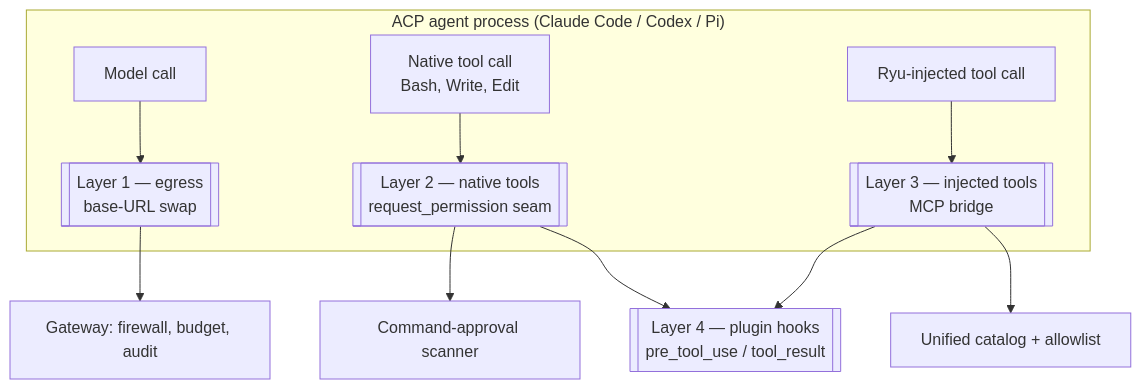
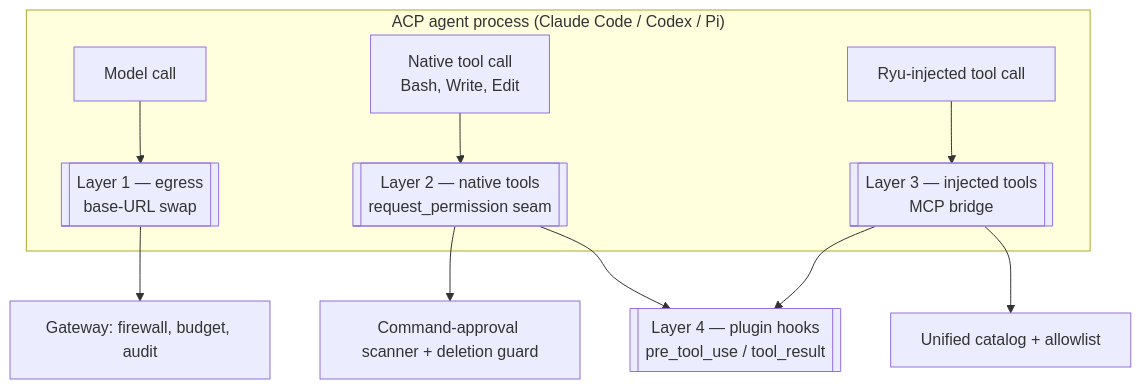
One commit to amajorai/ryu-docs changed the diagram in content/docs/gateway/acp-agent-governance.mdx. Above: the diagram before and after it, drawn with Mermaid. The commit also changed other lines of this file and 31 other files, not shown here.

````diff
--- a/content/docs/gateway/acp-agent-governance.mdx
+++ b/content/docs/gateway/acp-agent-governance.mdx
@@ -14,13 +14,13 @@
 ```mermaid
 flowchart TD
   subgraph Agent["ACP agent process (Claude Code / Codex / Pi)"]
     L[Model call] --> A1
     T[Native tool call<br/>Bash, Write, Edit] --> A2
     R[Ryu-injected tool call] --> A3
   end
   A1[["Layer 1 — egress<br/>base-URL swap"]] --> GW[Gateway: firewall, budget, audit]
-  A2[["Layer 2 — native tools<br/>request_permission seam"]] --> SC[Command-approval scanner]
+  A2[["Layer 2 — native tools<br/>request_permission seam"]] --> SC[Command-approval scanner + deletion guard]
   A3[["Layer 3 — injected tools<br/>MCP bridge"]] --> CAT[Unified catalog + allowlist]
   A2 --> HK[["Layer 4 — plugin hooks<br/>pre_tool_use / tool_result"]]
   A3 --> HK
 ```
````
